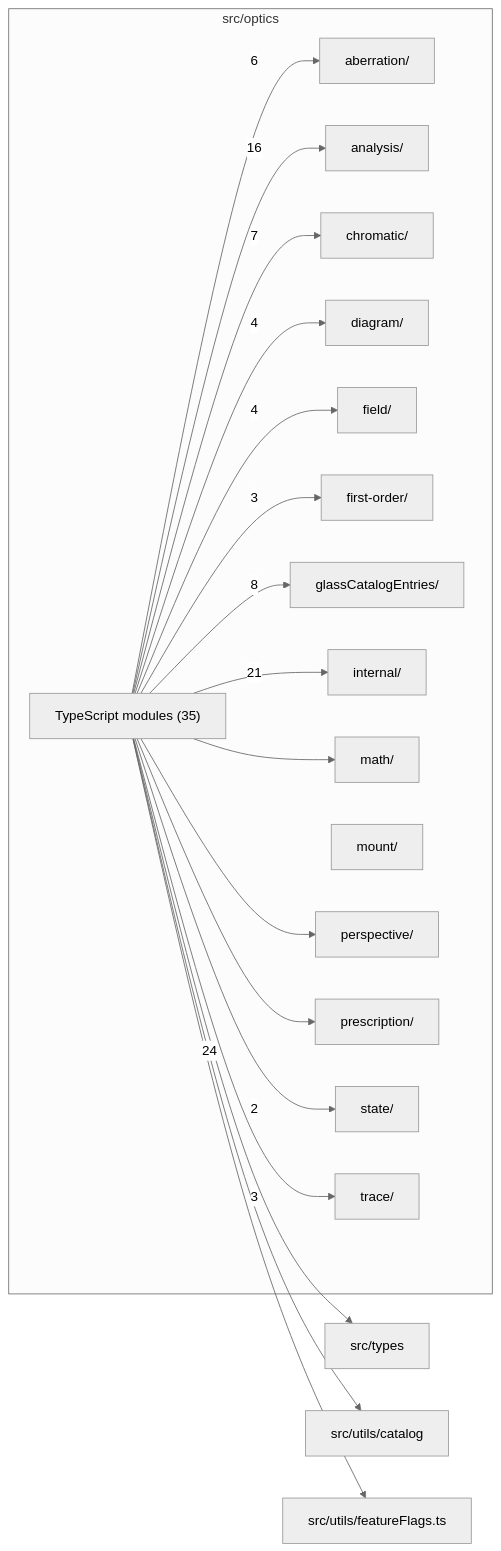
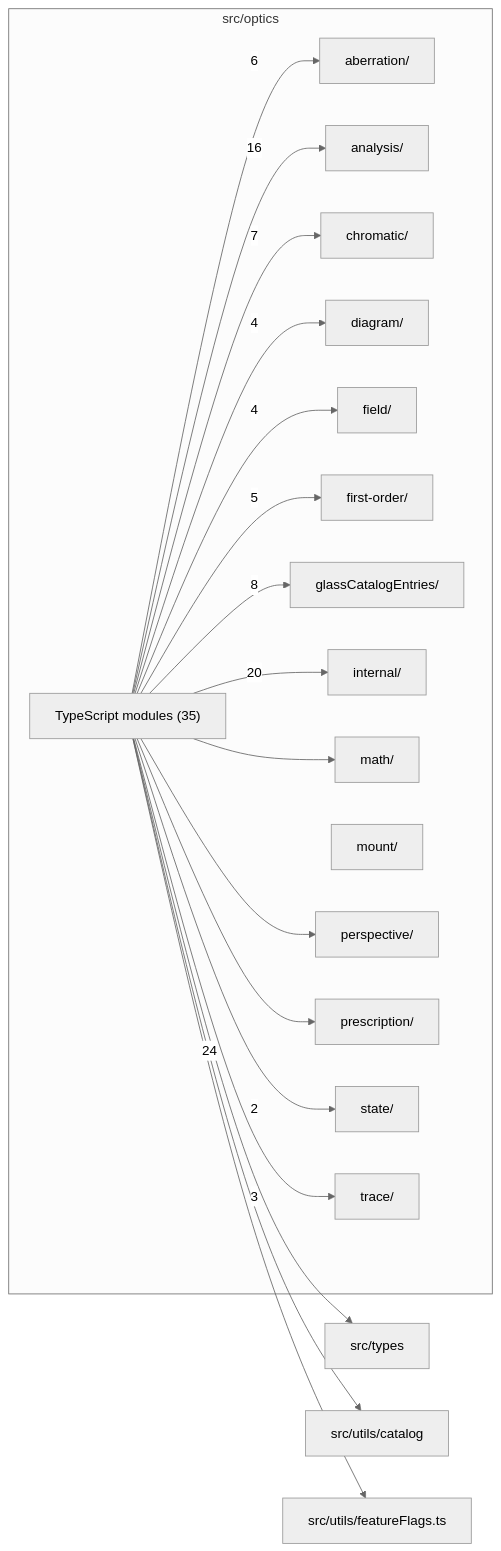
One commit to ronbuening/LensVisualizer changed the diagram in src/optics/readme.md. Above: the diagram before and after it, drawn with Mermaid (neutral theme). The commit also changed other lines of this file and 19 other files, not shown here.

````diff
--- a/src/optics/readme.md
+++ b/src/optics/readme.md
@@ -9,39 +9,39 @@
 ```mermaid
 flowchart LR
   subgraph n_src_optics["src/optics"]
     n_src_optics_src_optics_aberration["aberration/"]
     n_src_optics_src_optics_analysis["analysis/"]
     n_src_optics_src_optics_chromatic["chromatic/"]
     n_src_optics_src_optics_diagram["diagram/"]
     n_src_optics_src_optics_field["field/"]
     n_src_optics_src_optics_first_order["first-order/"]
     n_src_optics_src_optics_glassCatalogEntries["glassCatalogEntries/"]
     n_src_optics_src_optics_internal["internal/"]
     n_src_optics_src_optics_math["math/"]
     n_src_optics_src_optics_mount["mount/"]
     n_src_optics_src_optics_perspective["perspective/"]
     n_src_optics_src_optics_prescription["prescription/"]
     n_src_optics_src_optics_state["state/"]
     n_src_optics_src_optics_trace["trace/"]
     n_src_optics_TypeScript_modules["TypeScript modules (35)"]
   end
   n_external_src_types["src/types"]
   n_external_src_utils_catalog["src/utils/catalog"]
   n_external_src_utils_featureFlags_ts["src/utils/featureFlags.ts"]
   n_src_optics_TypeScript_modules --> |24| n_external_src_types
-  n_src_optics_TypeScript_modules --> |21| n_src_optics_src_optics_internal
+  n_src_optics_TypeScript_modules --> |20| n_src_optics_src_optics_internal
   n_src_optics_TypeScript_modules --> |16| n_src_optics_src_optics_analysis
   n_src_optics_TypeScript_modules --> |8| n_src_optics_src_optics_glassCatalogEntries
   n_src_optics_TypeScript_modules --> |7| n_src_optics_src_optics_chromatic
   n_src_optics_TypeScript_modules --> |6| n_src_optics_src_optics_aberration
+  n_src_optics_TypeScript_modules --> |5| n_src_optics_src_optics_first_order
   n_src_optics_TypeScript_modules --> |4| n_src_optics_src_optics_diagram
   n_src_optics_TypeScript_modules --> |4| n_src_optics_src_optics_field
-  n_src_optics_TypeScript_modules --> |3| n_src_optics_src_optics_first_order
   n_src_optics_TypeScript_modules --> |3| n_src_optics_src_optics_trace
   n_src_optics_TypeScript_modules --> |2| n_src_optics_src_optics_state
   n_src_optics_TypeScript_modules --> n_external_src_utils_catalog
   n_src_optics_TypeScript_modules --> n_external_src_utils_featureFlags_ts
   n_src_optics_TypeScript_modules --> n_src_optics_src_optics_math
   n_src_optics_TypeScript_modules --> n_src_optics_src_optics_perspective
   n_src_optics_TypeScript_modules --> n_src_optics_src_optics_prescription
 ```
````
